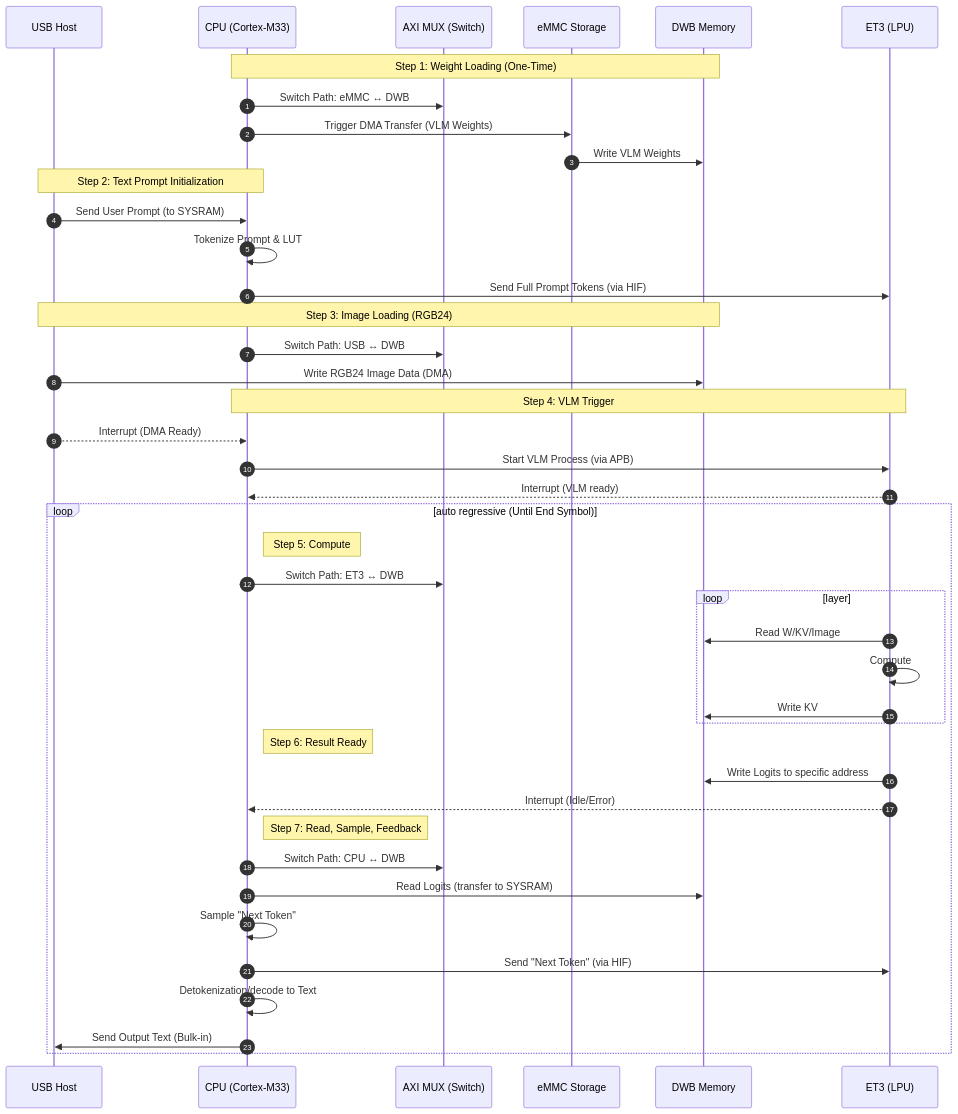
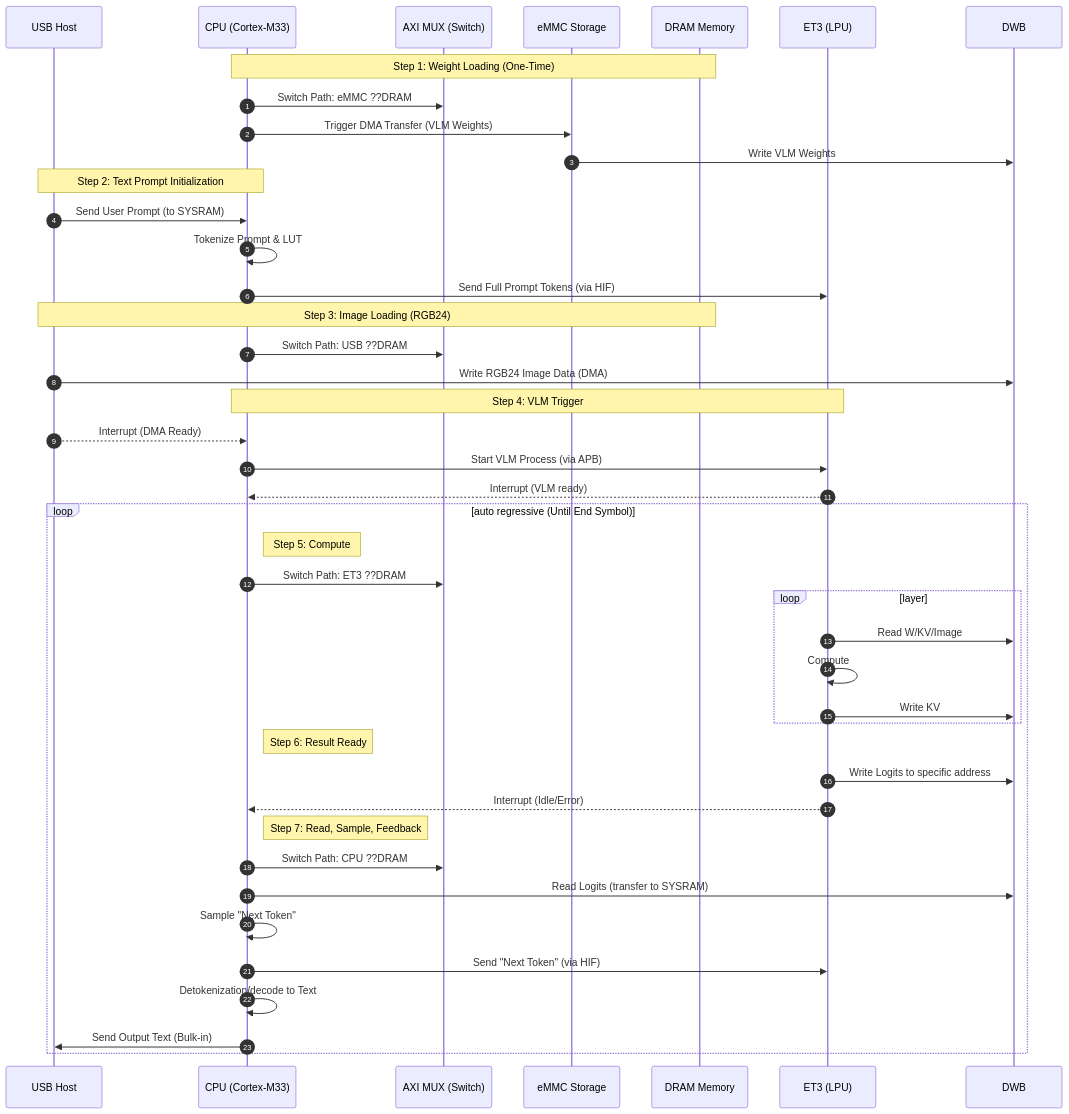
Before and after one commit to lcf0929/Test: the second of 4 diagrams in HUN_0503_Inference.md, drawn with Mermaid. The commit also changed other lines of this file, not shown here.

````diff
--- a/HUN_0503_Inference.md
+++ b/HUN_0503_Inference.md
@@ -56,52 +56,52 @@
 ```mermaid Video-to-Text, Single Model
  sequenceDiagram
     autonumber
     participant USB as USB Host
     participant CPU as CPU (Cortex-M33)
     participant MUX as AXI MUX (Switch)
     participant eMMC as eMMC Storage
-    participant DWB as DWB Memory
+    participant DRAM as DRAM Memory
     participant ET3 as ET3 (LPU)
 
-    note over CPU, DWB: Step 1: Weight Loading (One-Time)
-    CPU->>MUX: Switch Path: eMMC ↔ DWB
+    note over CPU, DRAM: Step 1: Weight Loading (One-Time)
+    CPU->>MUX: Switch Path: eMMC ??DRAM
     CPU->>eMMC: Trigger DMA Transfer (VLM Weights)
     eMMC->>DWB: Write VLM Weights
     
     note over USB, CPU: Step 2: Text Prompt Initialization
     USB->>CPU: Send User Prompt (to SYSRAM)
     CPU->>CPU: Tokenize Prompt & LUT
     CPU->>ET3: Send Full Prompt Tokens (via HIF)
     
-    note over USB, DWB: Step 3: Image Loading (RGB24)
-    CPU->>MUX: Switch Path: USB ↔ DWB
+    note over USB, DRAM: Step 3: Image Loading (RGB24)
+    CPU->>MUX: Switch Path: USB ??DRAM
     USB->>DWB: Write RGB24 Image Data (DMA)
     
     note over CPU, ET3: Step 4: VLM Trigger
     USB-->>CPU: Interrupt (DMA Ready)
     CPU->>ET3: Start VLM Process (via APB)    
     ET3-->>CPU: Interrupt (VLM ready)
     
     loop auto regressive (Until End Symbol)
         note right of CPU: Step 5: Compute
-        CPU->>MUX: Switch Path: ET3 ↔ DWB
+        CPU->>MUX: Switch Path: ET3 ??DRAM
         
         loop layer
             ET3->>DWB: Read W/KV/Image
             ET3->>ET3: Compute
             ET3->>DWB: Write KV
         end
        
         note right of CPU: Step 6: Result Ready
         ET3->>DWB: Write Logits to specific address
         ET3-->>CPU: Interrupt (Idle/Error)
         
         note right of CPU: Step 7: Read, Sample, Feedback
-        CPU->>MUX: Switch Path: CPU ↔ DWB
+        CPU->>MUX: Switch Path: CPU ??DRAM
         CPU->>DWB: Read Logits (transfer to SYSRAM)
         CPU->>CPU: Sample "Next Token"
         CPU->>ET3: Send "Next Token" (via HIF)
         CPU->>CPU: Detokenization/decode to Text
         CPU->>USB: Send Output Text (Bulk-in)
     end
 ```
````
